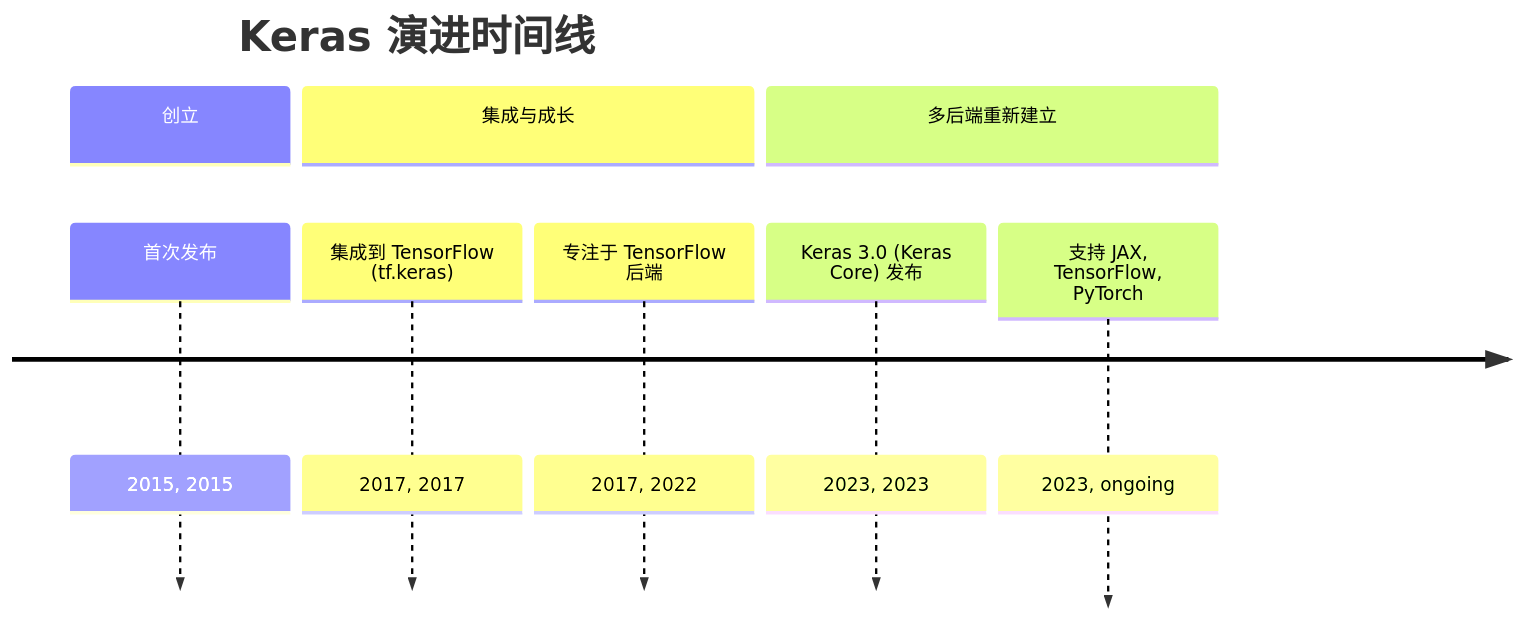
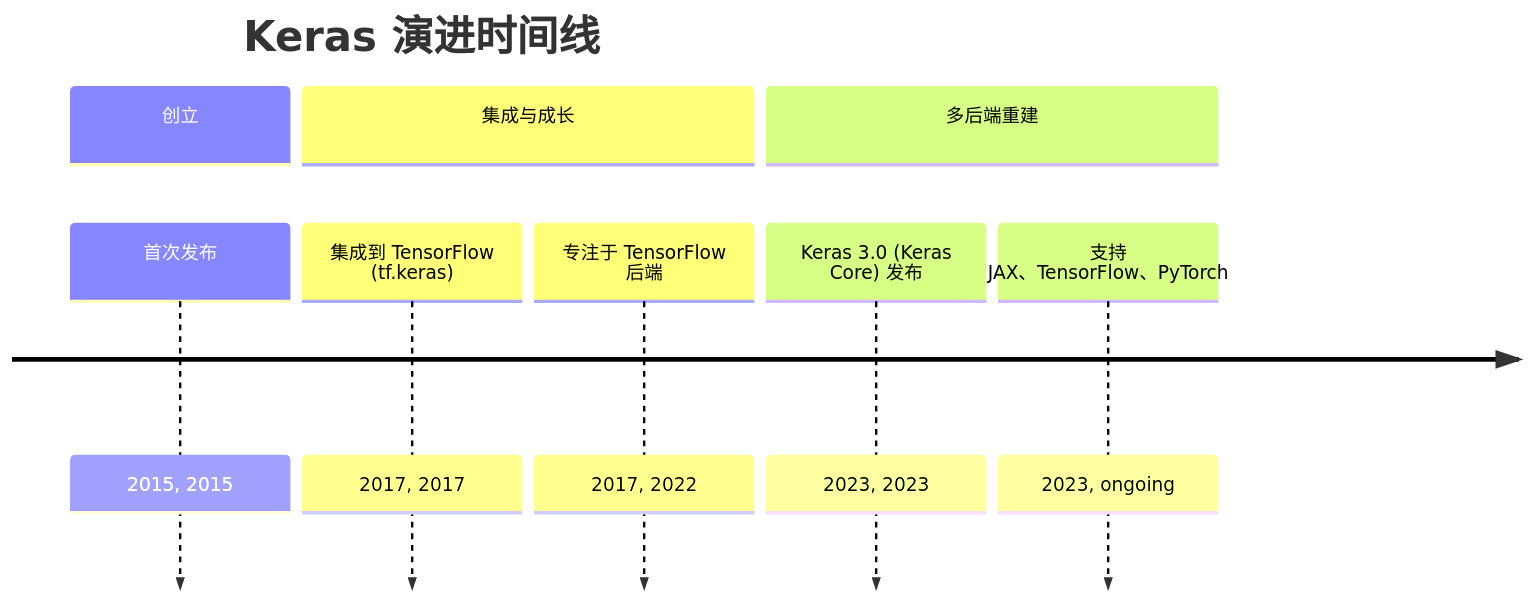
The first of 3 diagrams in docs/deep-learning/zh/keras_evolution_document.zh.md (tt33415366/python_data_process_lib_intro), drawn with Mermaid before and after one commit. The commit also changed other lines of this file and 21 other files, not shown here.

First line of the commit message:
feat(docs): add 'Typical use cases' sections and fix Mermaid mindmaps

````diff
--- a/docs/deep-learning/zh/keras_evolution_document.zh.md
+++ b/docs/deep-learning/zh/keras_evolution_document.zh.md
@@ -13,16 +13,16 @@
 ```mermaid
 timeline
     dateFormat  YYYY
     title Keras 演进时间线
 
     section 创立
     首次发布 : 2015, 2015
 
     section 集成与成长
     集成到 TensorFlow (tf.keras) : 2017, 2017
     专注于 TensorFlow 后端 : 2017, 2022
 
-    section 多后端重新建立
+    section 多后端重建
     Keras 3.0 (Keras Core) 发布 : 2023, 2023
-    支持 JAX, TensorFlow, PyTorch : 2023, ongoing
+    支持 JAX、TensorFlow、PyTorch : 2023, ongoing
 ```
````
